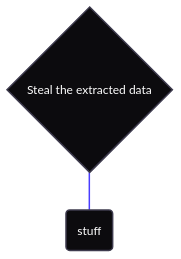
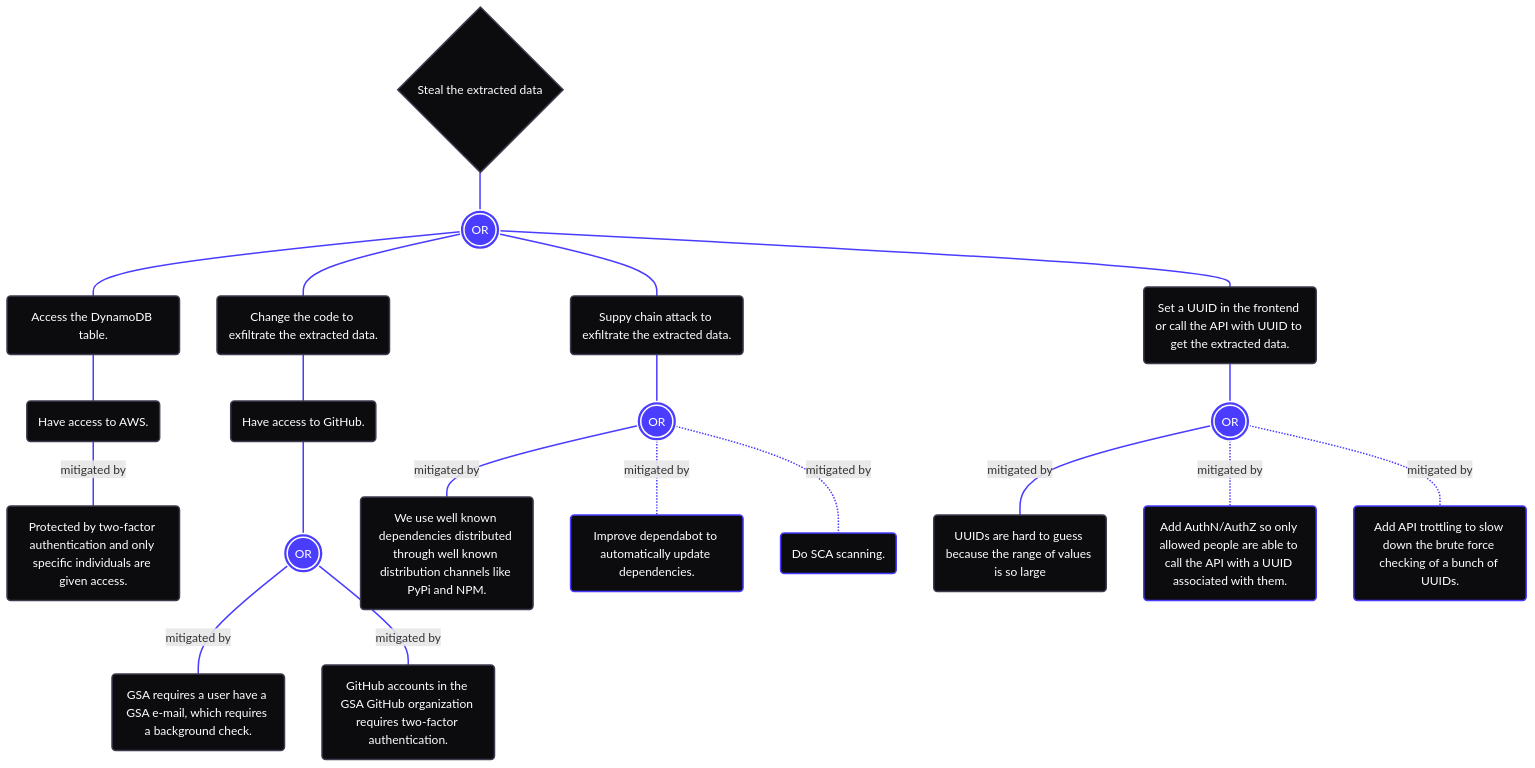
One commit to gsa-tts-archived/document-extractor-poc changed the third of 4 diagrams in docs/THREAT_MODEL.md. Above: the diagram before and after it, drawn with Mermaid. The commit also changed other lines of this file and 1 other file, not shown here.

Commit message:
Add the Steal the extracted data threat

````diff
--- a/docs/THREAT_MODEL.md
+++ b/docs/THREAT_MODEL.md
@@ -147,11 +175,38 @@
 ```mermaid
 flowchart TD
   A0{Steal the extracted data}:::objective
-    A0---B1(stuff):::condition
+    A0---B1(((OR))):::booleanOr
+      B1---C1(Access the DynamoDB table.):::condition
+        C1---D1(Have access to AWS.):::condition
+          D1-- mitigated by ---E1(Protected by two-factor authentication and only specific individuals are given access.):::condition
+      B1---C2(Change the code to exfiltrate the extracted data.):::condition
+        C2---D2(Have access to GitHub.):::condition
+          D2---E2(((OR))):::booleanOr
+            E2-- mitigated by ---F1(GSA requires a user have a GSA e-mail, which requires a background check.):::condition
+            E2-- mitigated by ---F2(GitHub accounts in the GSA GitHub organization requires two-factor authentication.):::condition
+      B1---C3(Suppy chain attack to exfiltrate the extracted data.):::condition
+        C3---D3(((OR))):::booleanOr
+          D3-- mitigated by ---E3(We use well known dependencies distributed through well known distribution channels like PyPi and NPM.):::condition
+          D3-. mitigated by .-E4(Improve dependabot to automatically update dependencies.):::condition
+          D3-. mitigated by .-E5(Do SCA scanning.):::condition
+      B1---C4(Set a UUID in the frontend or call the API with UUID to get the extracted data.):::condition
+        C4---D4(((OR))):::booleanOr
+          D4-- mitigated by ---E6(UUIDs are hard to guess because the range of values is so large):::condition
+          D4-. mitigated by .-E7(Add AuthN/AuthZ so only allowed people are able to call the API with a UUID associated with them.):::condition
+          D4-. mitigated by .-E8(Add API trottling to slow down the brute force checking of a bunch of UUIDs.):::condition
   classDef objective fill:#0c0b0e,color:#ffffff,stroke:#3e3b4e,stroke-width:2px
   classDef condition fill:#0c0b0e,color:#ffffff,stroke:#3e3b4e,stroke-width:2px
   classDef assumption fill:#0c0b0e,color:#ffffff,stroke:#3e3b4e,stroke-width:2px
   classDef booleanAnd fill:#4a3dff,color:#ffffff,stroke:#ffffff,stroke-width:2px
   classDef booleanOr fill:#4a3dff,color:#ffffff,stroke:#ffffff,stroke-width:2px
-  linkStyle 0 stroke:#4a3dff,stroke-width:2px
+  style E1 stroke:#4a3dff,stroke-width:2px,fill:#0c0b0e,color:#ffffff,stroke:#3e3b4e,stroke-width:2px
+  style F1 stroke:#4a3dff,stroke-width:2px,fill:#0c0b0e,color:#ffffff,stroke:#3e3b4e,stroke-width:2px
+  style F2 stroke:#4a3dff,stroke-width:2px,fill:#0c0b0e,color:#ffffff,stroke:#3e3b4e,stroke-width:2px
+  style E3 stroke:#4a3dff,stroke-width:2px,fill:#0c0b0e,color:#ffffff,stroke:#3e3b4e,stroke-width:2px
+  style E4 stroke:#4a3dff,stroke-width:2px
+  style E5 stroke:#4a3dff,stroke-width:2px
+  style E6 stroke:#4a3dff,stroke-width:2px,fill:#0c0b0e,color:#ffffff,stroke:#3e3b4e,stroke-width:2px
+  style E7 stroke:#4a3dff,stroke-width:2px
+  style E8 stroke:#4a3dff,stroke-width:2px
+  linkStyle 0,1,2,3,4,5,6,7,8,9,10,11,12,13,14,15,16,17,18 stroke:#4a3dff,stroke-width:2px
 ```
````
